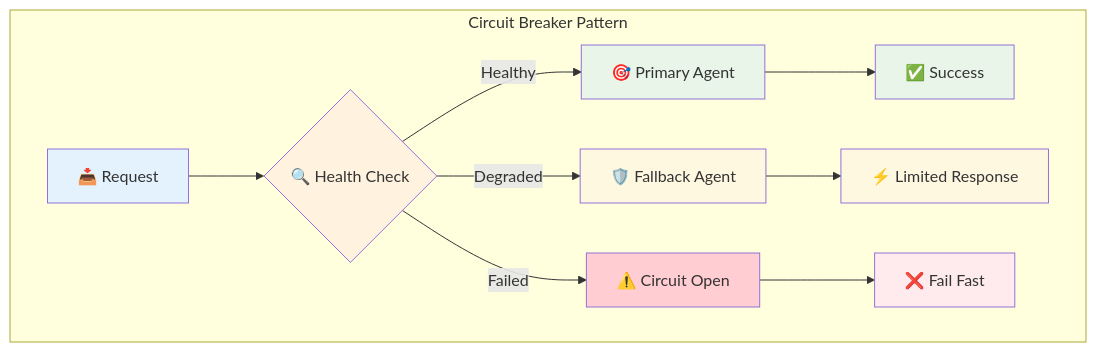
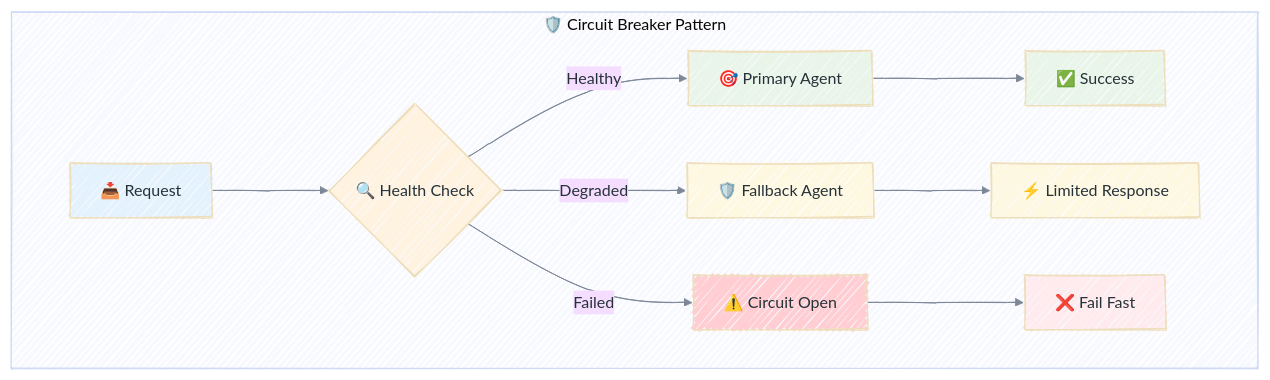
The ninth of 16 diagrams in _posts/2025-06-29-claudeonrails-ai-powered-rails-development-swarm.md (enogrob/enogrob.github.io), drawn with Mermaid before and after one commit. The commit also changed other lines of this file and 12 other files, not shown here.

````diff
--- a/_posts/2025-06-29-claudeonrails-ai-powered-rails-development-swarm.md
+++ b/_posts/2025-06-29-claudeonrails-ai-powered-rails-development-swarm.md
@@ -329,21 +337,22 @@
 ```mermaid!
-graph 
-    subgraph "Circuit Breaker Pattern"
+%%{init: {"theme": "base", "look": "handDrawn", "themeVariables": {"fontFamily": "ui-sans-serif, system-ui, sans-serif", "lineColor": "#7c8798", "primaryTextColor": "#263238"}, "flowchart": {"nodeSpacing": 55, "rankSpacing": 90}}}%%
+flowchart TD
+    subgraph Circuit["🛡️ Circuit Breaker Pattern"]
         A["📥 Request"] --> B{"🔍 Health Check"}
         B -->|Healthy| C["🎯 Primary Agent"]
         B -->|Degraded| D["🛡️ Fallback Agent"]
         B -->|Failed| E["⚠️ Circuit Open"]
         C --> F["✅ Success"]
         D --> G["⚡ Limited Response"]
         E --> H["❌ Fail Fast"]
     end
     
     style A fill:#e3f2fd
     style B fill:#fff3e0
     style C fill:#e8f5e8
     style D fill:#fff8e1
     style E fill:#ffcdd2
     style F fill:#e8f5e8
     style G fill:#fff8e1
     style H fill:#ffebee
 ```
````
